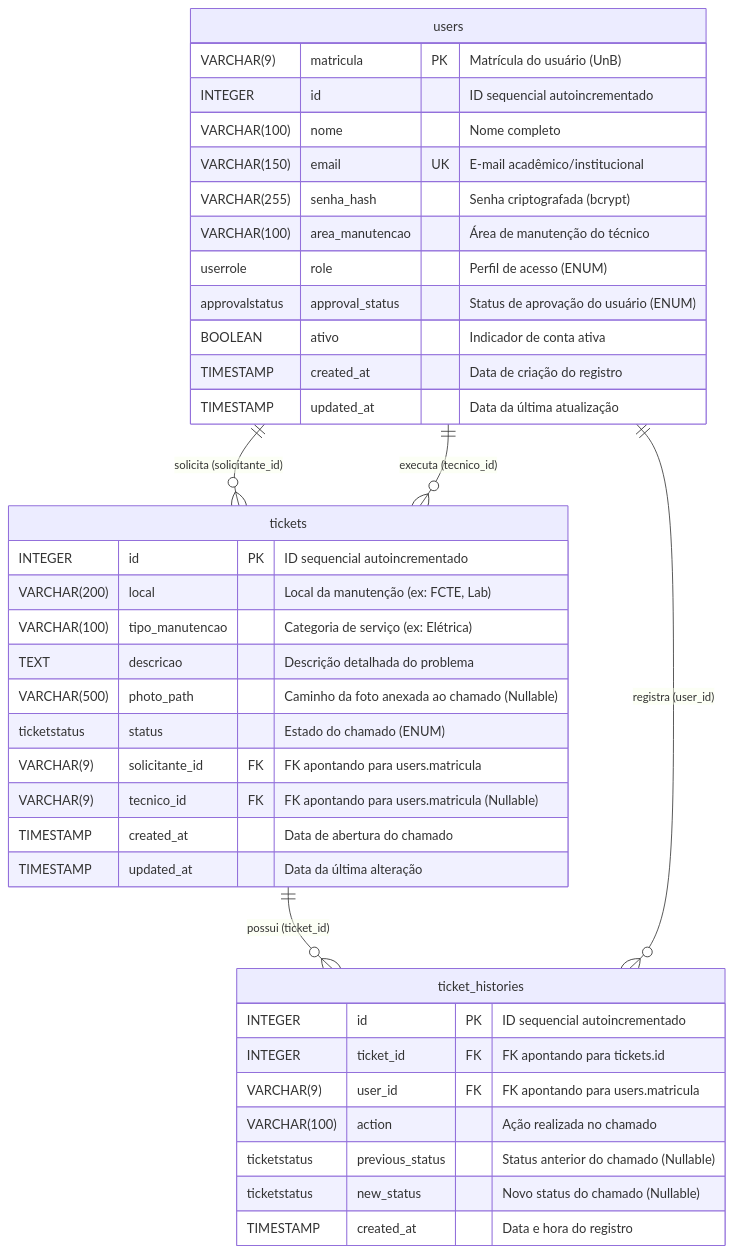
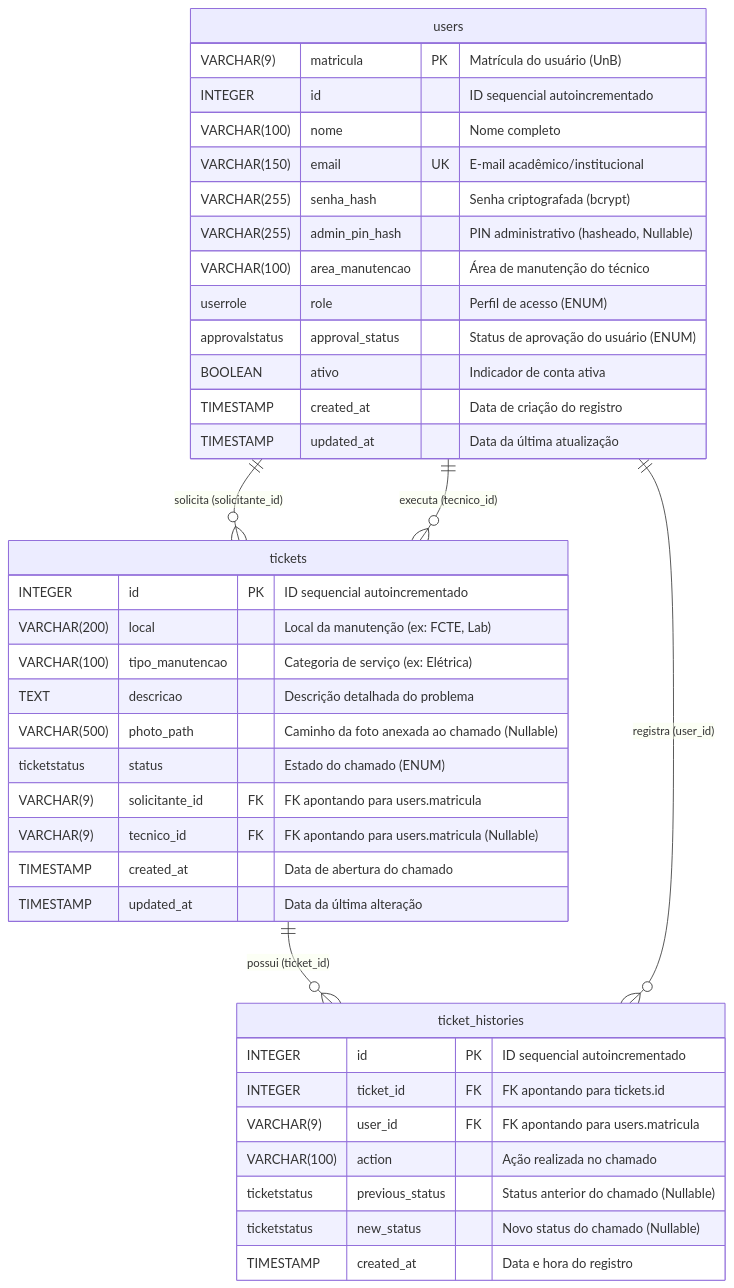
One commit to FGA0138-MDS-Ajax/2026.1-T03-Parnas changed the diagram in docs/DB_VISION.md. Above: the diagram before and after it, drawn with Mermaid. The commit also changed other lines of this file, not shown here.

Commit message:
docs: atualiza modelo de dados com admin_pin_hash no DB_VISION.md

````diff
--- a/docs/DB_VISION.md
+++ b/docs/DB_VISION.md
@@ -11,44 +11,45 @@
 ```mermaid
 erDiagram
     users {
         VARCHAR(9) matricula PK "Matrícula do usuário (UnB)"
         INTEGER id "ID sequencial autoincrementado"
         VARCHAR(100) nome "Nome completo"
         VARCHAR(150) email UK "E-mail acadêmico/institucional"
         VARCHAR(255) senha_hash "Senha criptografada (bcrypt)"
+        VARCHAR(255) admin_pin_hash "PIN administrativo (hasheado, Nullable)"
         VARCHAR(100) area_manutencao "Área de manutenção do técnico"
         userrole role "Perfil de acesso (ENUM)"
         approvalstatus approval_status "Status de aprovação do usuário (ENUM)"
         BOOLEAN ativo "Indicador de conta ativa"
         TIMESTAMP created_at "Data de criação do registro"
         TIMESTAMP updated_at "Data da última atualização"
     }
 
     tickets {
         INTEGER id PK "ID sequencial autoincrementado"
         VARCHAR(200) local "Local da manutenção (ex: FCTE, Lab)"
         VARCHAR(100) tipo_manutencao "Categoria de serviço (ex: Elétrica)"
         TEXT descricao "Descrição detalhada do problema"
         VARCHAR(500) photo_path "Caminho da foto anexada ao chamado (Nullable)"
         ticketstatus status "Estado do chamado (ENUM)"
         VARCHAR(9) solicitante_id FK "FK apontando para users.matricula"
         VARCHAR(9) tecnico_id FK "FK apontando para users.matricula (Nullable)"
         TIMESTAMP created_at "Data de abertura do chamado"
         TIMESTAMP updated_at "Data da última alteração"
     }
 
     ticket_histories {
         INTEGER id PK "ID sequencial autoincrementado"
         INTEGER ticket_id FK "FK apontando para tickets.id"
         VARCHAR(9) user_id FK "FK apontando para users.matricula"
         VARCHAR(100) action "Ação realizada no chamado"
         ticketstatus previous_status "Status anterior do chamado (Nullable)"
         ticketstatus new_status "Novo status do chamado (Nullable)"
         TIMESTAMP created_at "Data e hora do registro"
     }
 
     users ||--o{ tickets : "solicita (solicitante_id)"
     users ||--o{ tickets : "executa (tecnico_id)"
     tickets ||--o{ ticket_histories : "possui (ticket_id)"
     users ||--o{ ticket_histories : "registra (user_id)"
 ```
````
